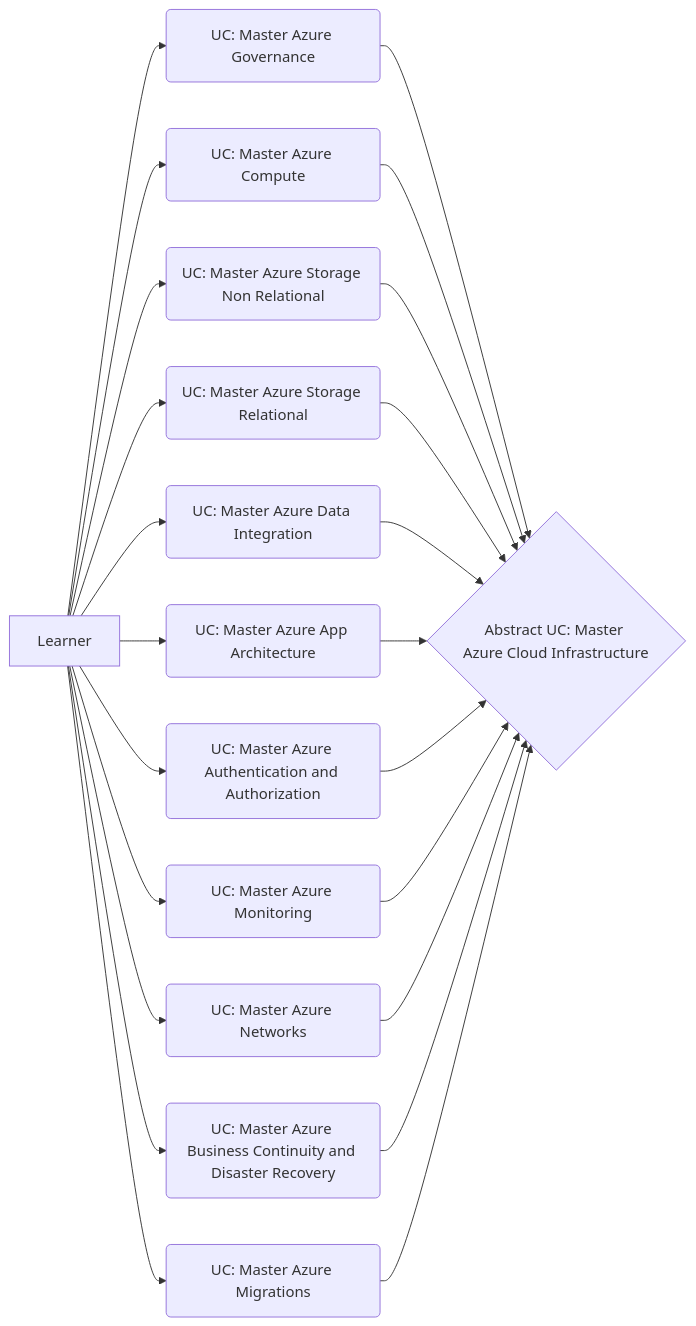
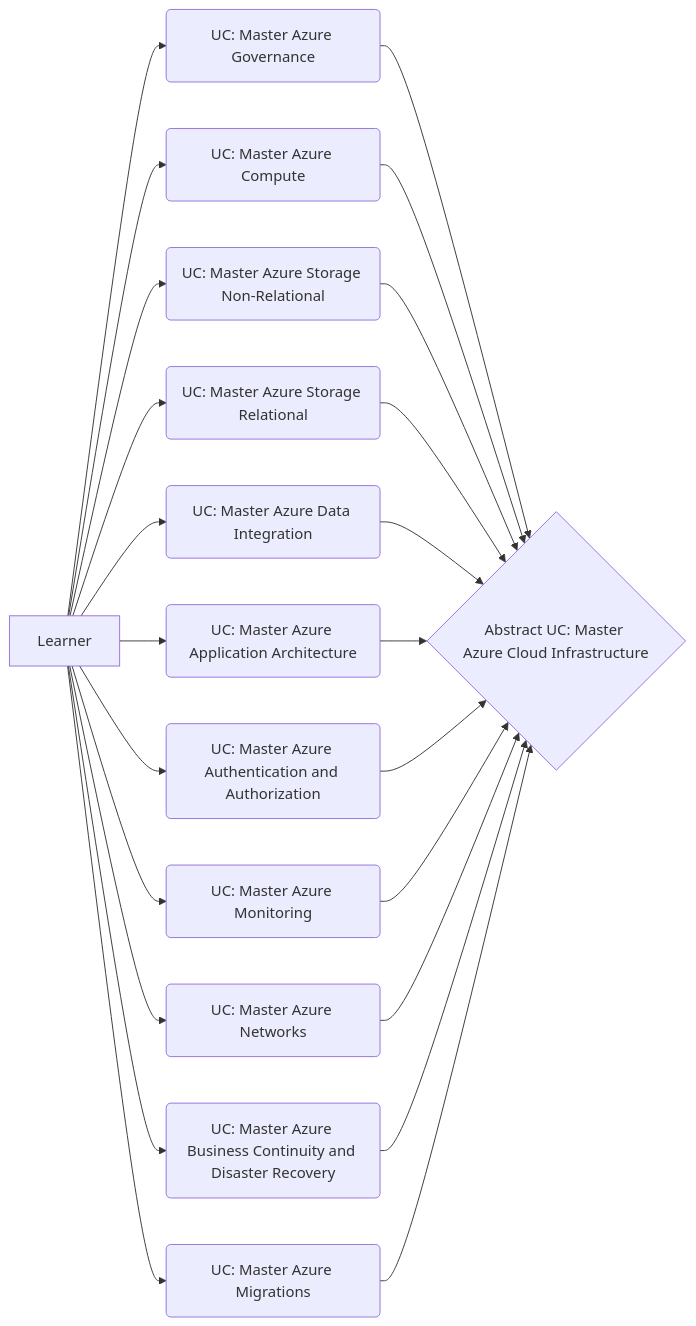
Before and after one commit to vanHeemstraSystems/learning-azure-cloud-infrastructure-use-cases: the diagram in index.qmd, drawn with Mermaid.

````diff
--- a/index.qmd
+++ b/index.qmd
@@ -11,25 +11,25 @@
 ```{mermaid}
 flowchart LR
   A[Learner] --> B(UC: Master Azure Governance)
   A[Learner] --> C(UC: Master Azure Compute)
-  A[Learner] --> D(UC: Master Azure Storage Non Relational)
+  A[Learner] --> D(UC: Master Azure Storage Non-Relational)
   A[Learner] --> E(UC: Master Azure Storage Relational)
   A[Learner] --> F(UC: Master Azure Data Integration)
-  A[Learner] --> G(UC: Master Azure App Architecture)
+  A[Learner] --> G(UC: Master Azure Application Architecture)
   A[Learner] --> H(UC: Master Azure Authentication and Authorization)
   A[Learner] --> I(UC: Master Azure Monitoring)
   A[Learner] --> J(UC: Master Azure Networks)
   A[Learner] --> K(UC: Master Azure Business Continuity and Disaster Recovery)
   A[Learner] --> L(UC: Master Azure Migrations)
   B --> O{Abstract UC: Master Azure Cloud Infrastructure}
   C --> O{Abstract UC: Master Azure Cloud Infrastructure}
   D --> O{Abstract UC: Master Azure Cloud Infrastructure}
   E --> O{Abstract UC: Master Azure Cloud Infrastructure}
   F --> O{Abstract UC: Master Azure Cloud Infrastructure}
   G --> O{Abstract UC: Master Azure Cloud Infrastructure}
   H --> O{Abstract UC: Master Azure Cloud Infrastructure}
   I --> O{Abstract UC: Master Azure Cloud Infrastructure}
   J --> O{Abstract UC: Master Azure Cloud Infrastructure}
   K --> O{Abstract UC: Master Azure Cloud Infrastructure}
   L --> O{Abstract UC: Master Azure Cloud Infrastructure}
 ```
````
